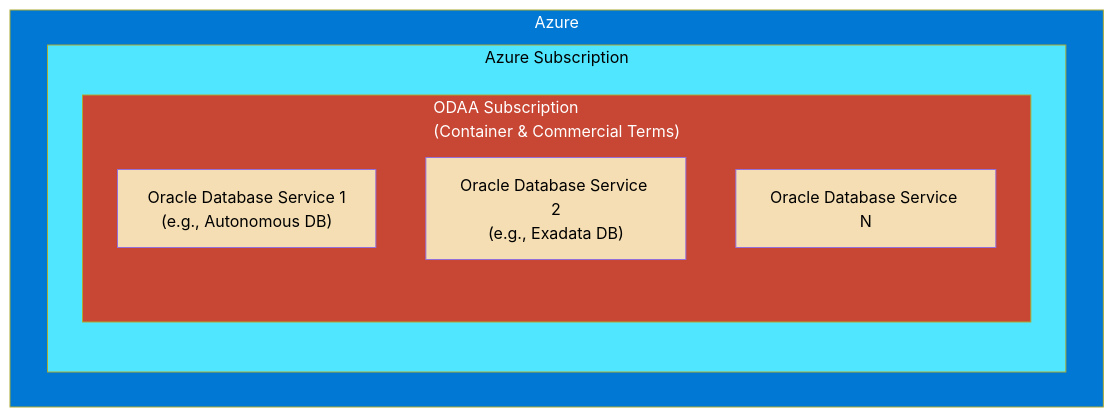
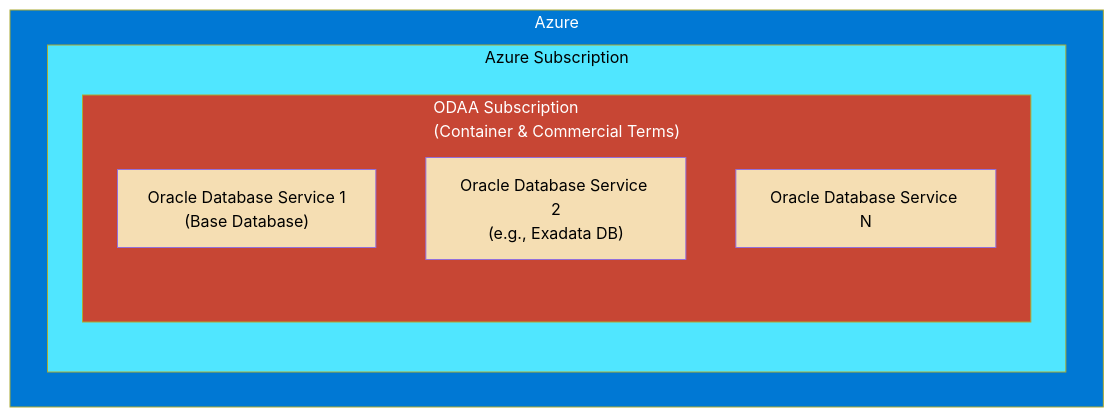
The first of 3 diagrams in walkthrough/create-odaa-subscription/create-odaa-subscription.md (cpinotossi/msftmh), drawn with Mermaid before and after one commit. The commit also changed other lines of this file and 141 other files, not shown here.

````diff
--- a/walkthrough/create-odaa-subscription/create-odaa-subscription.md
+++ b/walkthrough/create-odaa-subscription/create-odaa-subscription.md
@@ -17,19 +26,19 @@
 ```mermaid
 flowchart TB
     subgraph Azure["Azure"]
         subgraph AzureSub["Azure Subscription"]
             subgraph ODAAS["ODAA Subscription<br/>(Container & Commercial Terms)"]
-                DB1["Oracle Database Service 1<br/>(e.g., Autonomous DB)"]
+                DB1["Oracle Database Service 1<br/>(Base Database)"]
                 DB2["Oracle Database Service 2<br/>(e.g., Exadata DB)"]
                 DB3["Oracle Database Service N"]
             end
         end
     end
 
     style Azure fill:#0078D4,color:#fff
     style AzureSub fill:#50E6FF,color:#000
     style ODAAS fill:#C74634,color:#fff
     style DB1 fill:#F5DEB3,color:#000
     style DB2 fill:#F5DEB3,color:#000
     style DB3 fill:#F5DEB3,color:#000
 ```
````
